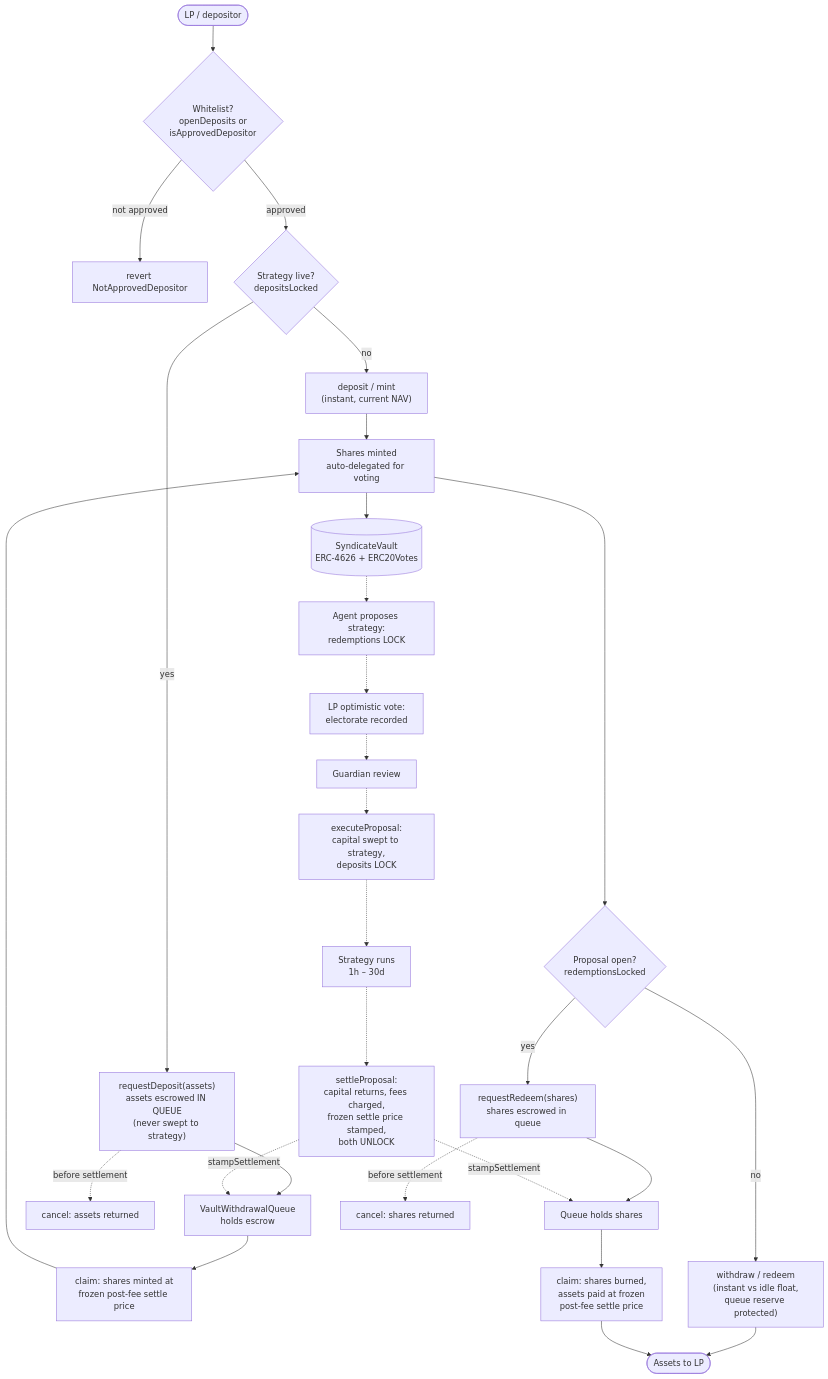
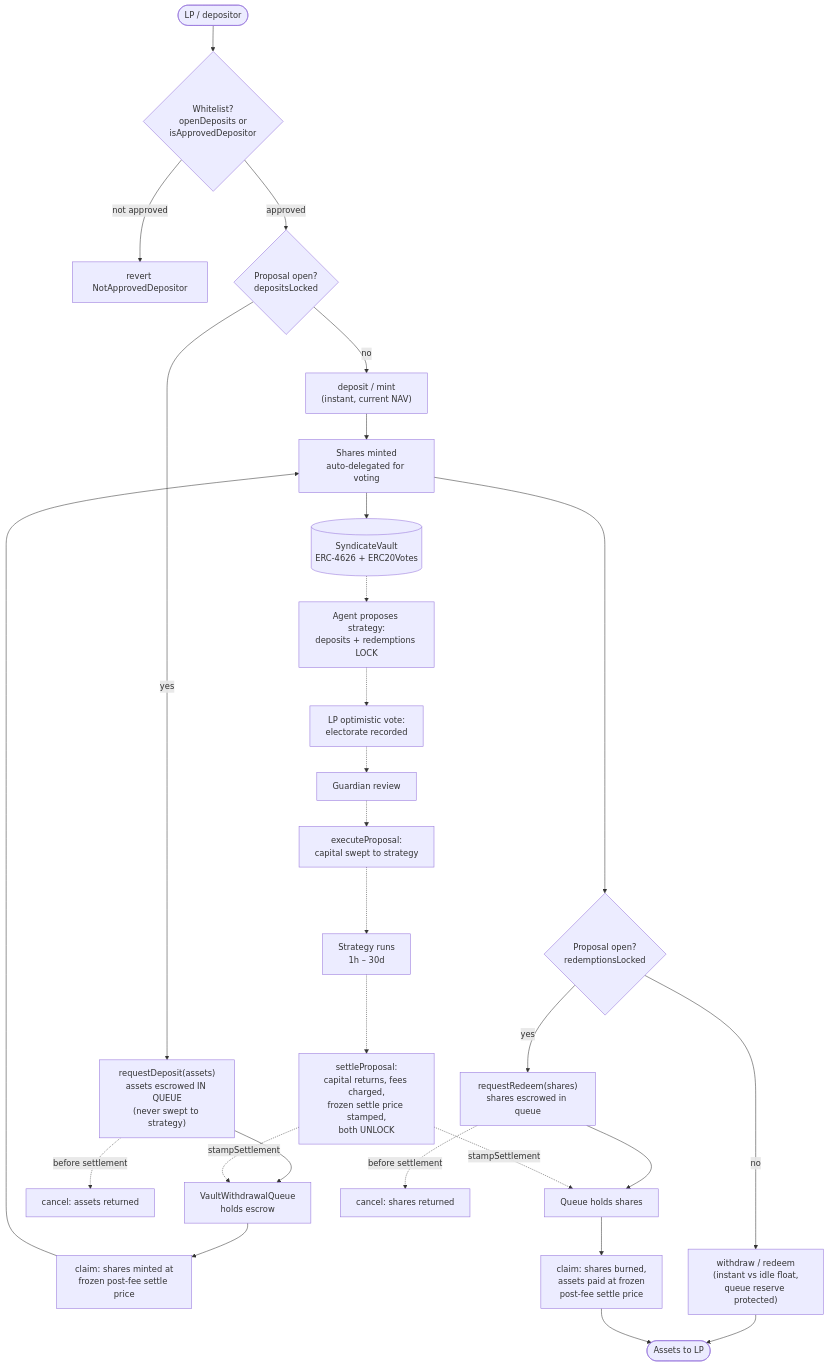
Before and after one commit to sherwoodagent/sherwood-protocol: the diagram in docs/deposit-withdraw-flow.md, drawn with Mermaid. The commit also changed other lines of this file and 17 other files, not shown here.

````diff
--- a/docs/deposit-withdraw-flow.md
+++ b/docs/deposit-withdraw-flow.md
@@ -18,40 +12,40 @@
 ```mermaid
 flowchart TD
     U([LP / depositor]) --> W{Whitelist?\nopenDeposits or\nisApprovedDepositor}
     W -- not approved --> X1[revert NotApprovedDepositor]
-    W -- approved --> S{Strategy live?\ndepositsLocked}
+    W -- approved --> S{Proposal open?\ndepositsLocked}
 
     %% ---- instant path ----
     S -- no --> D1["deposit / mint\n(instant, current NAV)"]
     D1 --> SH[Shares minted\nauto-delegated for voting]
     SH --> V[(SyndicateVault\nERC-4626 + ERC20Votes)]
 
     %% ---- proposal lifecycle around the vault ----
-    V -.-> P1[Agent proposes strategy:\nredemptions LOCK]
+    V -.-> P1[Agent proposes strategy:\ndeposits + redemptions LOCK]
     P1 -.-> P2[LP optimistic vote:\nelectorate recorded]
     P2 -.-> P3[Guardian review]
-    P3 -.-> P4[executeProposal:\ncapital swept to strategy,\ndeposits LOCK]
+    P3 -.-> P4[executeProposal:\ncapital swept to strategy]
     P4 -.-> P5[Strategy runs\n1h – 30d]
     P5 -.-> P6[settleProposal:\ncapital returns, fees charged,\nfrozen settle price stamped,\nboth UNLOCK]
 
     %% ---- locked path: deposits ----
     S -- yes --> Q1["requestDeposit(assets)\nassets escrowed IN QUEUE\n(never swept to strategy)"]
     Q1 --> QW[VaultWithdrawalQueue\nholds escrow]
     P6 -. stampSettlement .-> QW
     QW --> C1["claim: shares minted at\nfrozen post-fee settle price"]
     C1 --> SH
     Q1 -. before settlement .-> C0[cancel: assets returned]
 
     %% ---- exit: instant ----
     SH --> E{Proposal open?\nredemptionsLocked}
     E -- no --> E1["withdraw / redeem\n(instant vs idle float,\nqueue reserve protected)"]
     E1 --> OUT([Assets to LP])
 
     %% ---- exit: locked ----
     E -- yes --> E2["requestRedeem(shares)\nshares escrowed in queue"]
     E2 --> QW2[Queue holds shares]
     P6 -. stampSettlement .-> QW2
     QW2 --> E3["claim: shares burned,\nassets paid at frozen\npost-fee settle price"]
     E3 --> OUT
     E2 -. before settlement .-> E0[cancel: shares returned]
 ```
````
